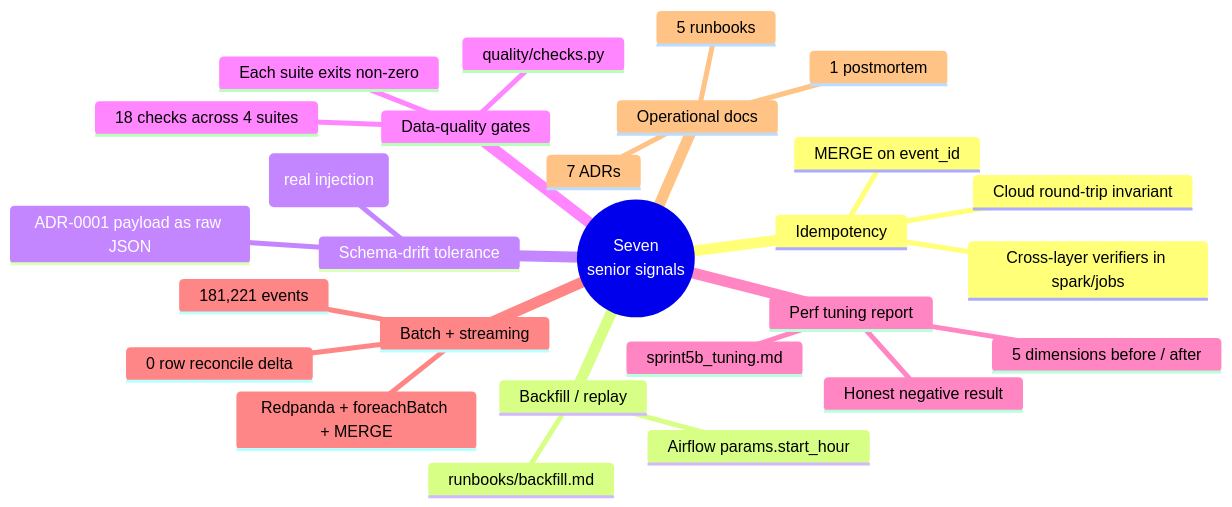
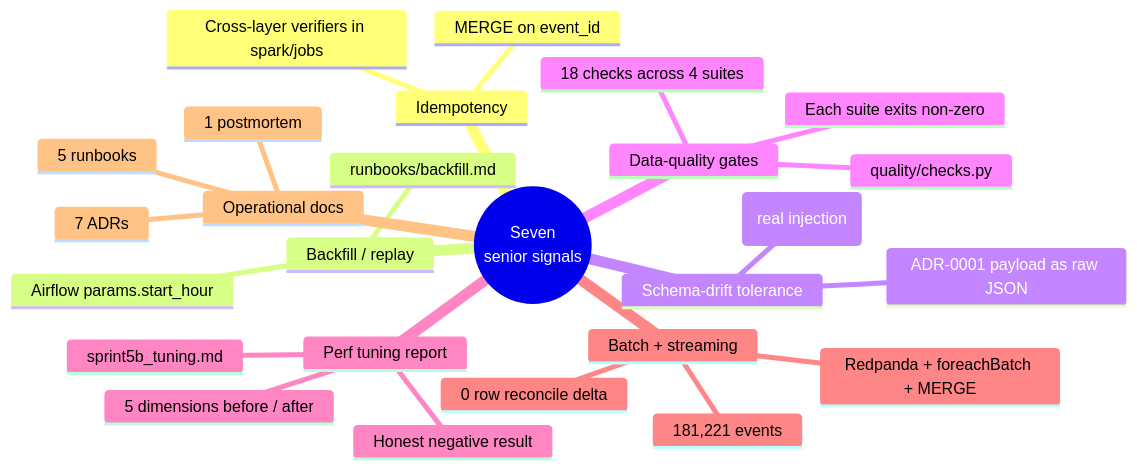
The sixth of 8 diagrams in README.md (MistFall-Wang/oss-pulse), drawn with Mermaid before and after one commit. The commit also changed other lines of this file, not shown here.

First line of the commit message:
docs(README): remove unimplemented Cloud claims

````diff
--- a/README.md
+++ b/README.md
@@ -439,30 +402,29 @@
 ```mermaid
 mindmap
   root((Seven<br/>senior signals))
     Idempotency
       MERGE on event_id
       Cross-layer verifiers in spark/jobs
-      Cloud round-trip invariant
     Backfill / replay
       Airflow params.start_hour
       runbooks/backfill.md
     Schema-drift tolerance
       ADR-0001 payload as raw JSON
       Postmortem 0001 (real injection)
     Data-quality gates
       quality/checks.py
       18 checks across 4 suites
       Each suite exits non-zero
     Perf tuning report
       sprint5b_tuning.md
       5 dimensions before / after
       Honest negative result
     Batch + streaming
       Redpanda + foreachBatch + MERGE
       181,221 events
       0 row reconcile delta
     Operational docs
       7 ADRs
       5 runbooks
       1 postmortem
 ```
````
